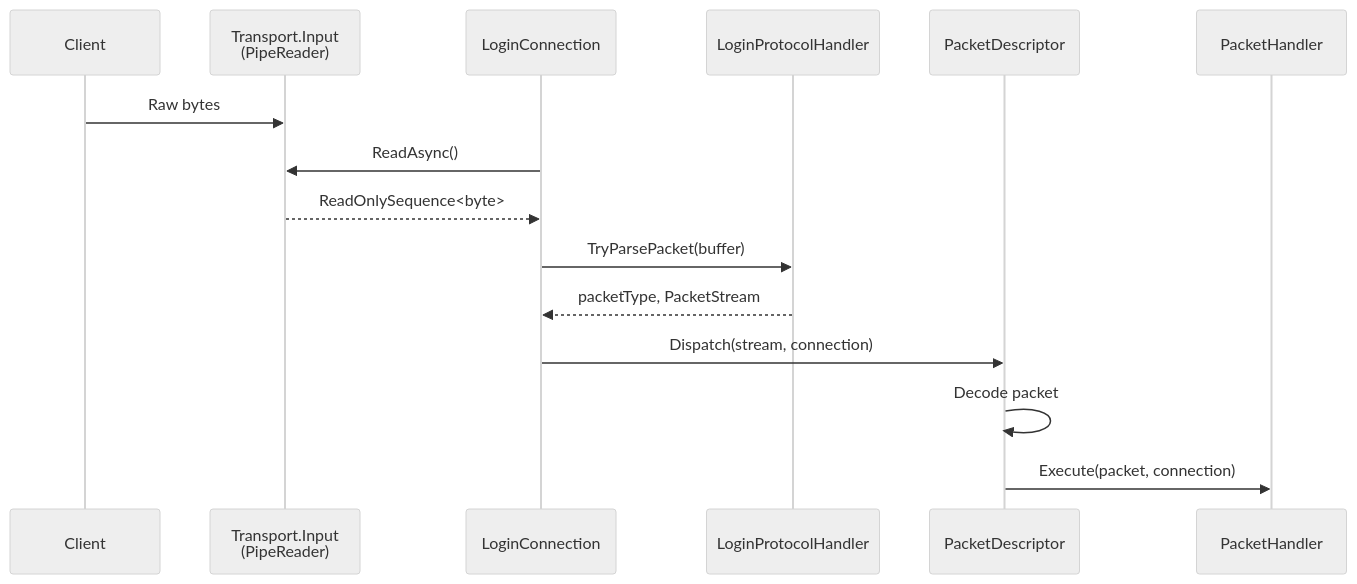
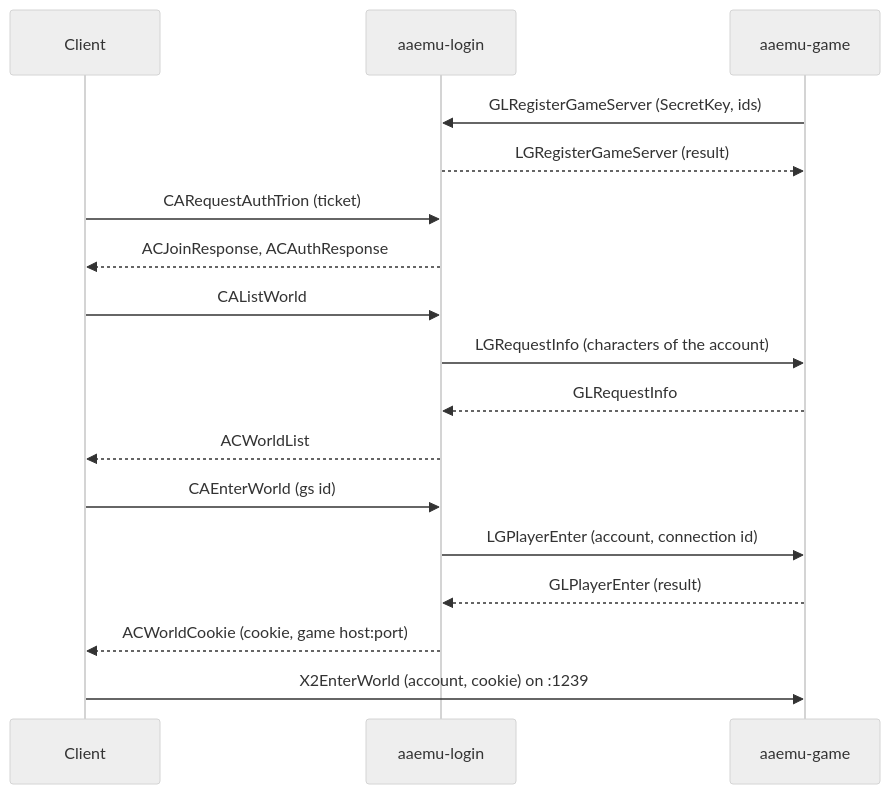
The third of 3 diagrams in Docs/networking.md (AAEmu/AAEmu), drawn with Mermaid (neutral theme) before and after one commit. The commit also changed other lines of this file and 28 other files, not shown here.

````diff
--- a/Docs/networking.md
+++ b/Docs/networking.md
@@ -110,18 +157,20 @@
 ```mermaid
 sequenceDiagram
     participant C as Client
-    participant T as Transport.Input<br/>(PipeReader)
-    participant LC as LoginConnection
-    participant PH as LoginProtocolHandler
-    participant PD as PacketDescriptor
-    participant H as PacketHandler
+    participant L as aaemu-login
+    participant G as aaemu-game
 
-    C->>T: Raw bytes
-    LC->>T: ReadAsync()
-    T-->>LC: ReadOnlySequence<byte>
-    LC->>PH: TryParsePacket(buffer)
-    PH-->>LC: packetType, PacketStream
-    LC->>PD: Dispatch(stream, connection)
-    PD->>PD: Decode packet
-    PD->>H: Execute(packet, connection)
+    G->>L: GLRegisterGameServer (SecretKey, ids)
+    L-->>G: LGRegisterGameServer (result)
+    C->>L: CARequestAuthTrion (ticket)
+    L-->>C: ACJoinResponse, ACAuthResponse
+    C->>L: CAListWorld
+    L->>G: LGRequestInfo (characters of the account)
+    G-->>L: GLRequestInfo
+    L-->>C: ACWorldList
+    C->>L: CAEnterWorld (gs id)
+    L->>G: LGPlayerEnter (account, connection id)
+    G-->>L: GLPlayerEnter (result)
+    L-->>C: ACWorldCookie (cookie, game host:port)
+    C->>G: X2EnterWorld (account, cookie) on :1239
 ```
````
